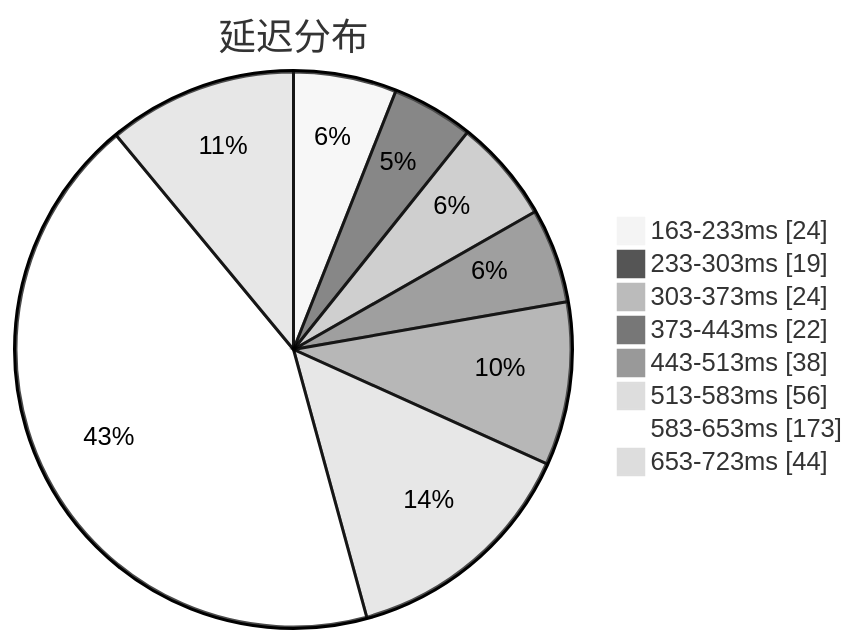
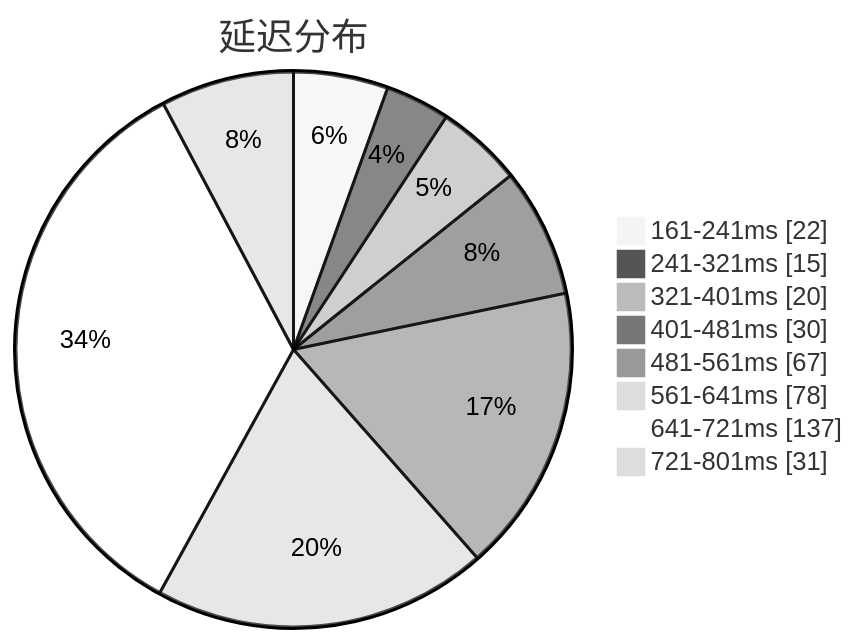
Before and after one commit to qjlxg/airport: the first of 3 diagrams in subs/statistics/tested_within.md, drawn with Mermaid (neutral theme). The commit also changed other lines of this file and 2 other files, not shown here.

Commit message:
Tested by metaST

````diff
--- a/subs/statistics/tested_within.md
+++ b/subs/statistics/tested_within.md
@@ -2,12 +2,12 @@
 ```mermaid
 pie showData
 title 延迟分布
-"163-233ms" : 24
-"233-303ms" : 19
-"303-373ms" : 24
-"373-443ms" : 22
-"443-513ms" : 38
-"513-583ms" : 56
-"583-653ms" : 173
-"653-723ms" : 44
+"161-241ms" : 22
+"241-321ms" : 15
+"321-401ms" : 20
+"401-481ms" : 30
+"481-561ms" : 67
+"561-641ms" : 78
+"641-721ms" : 137
+"721-801ms" : 31
 ```
````
